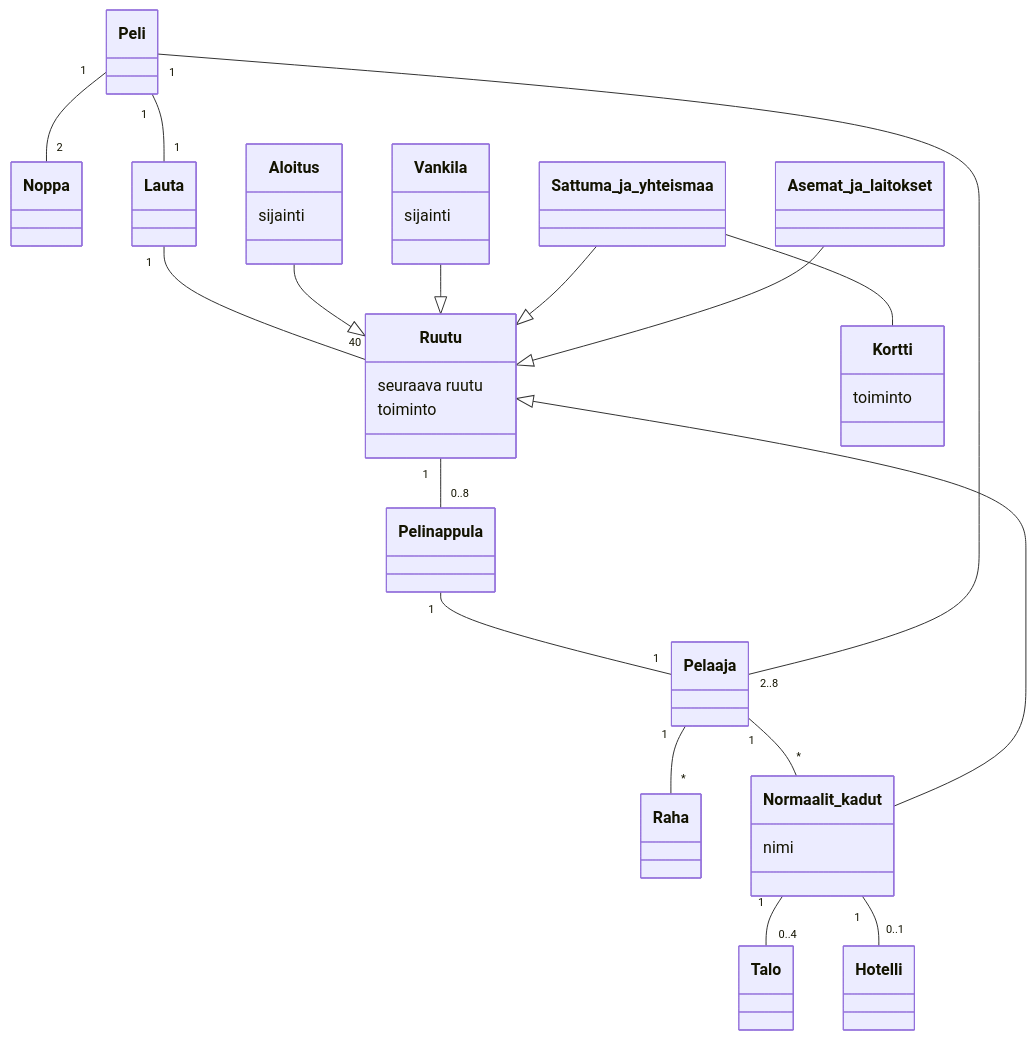
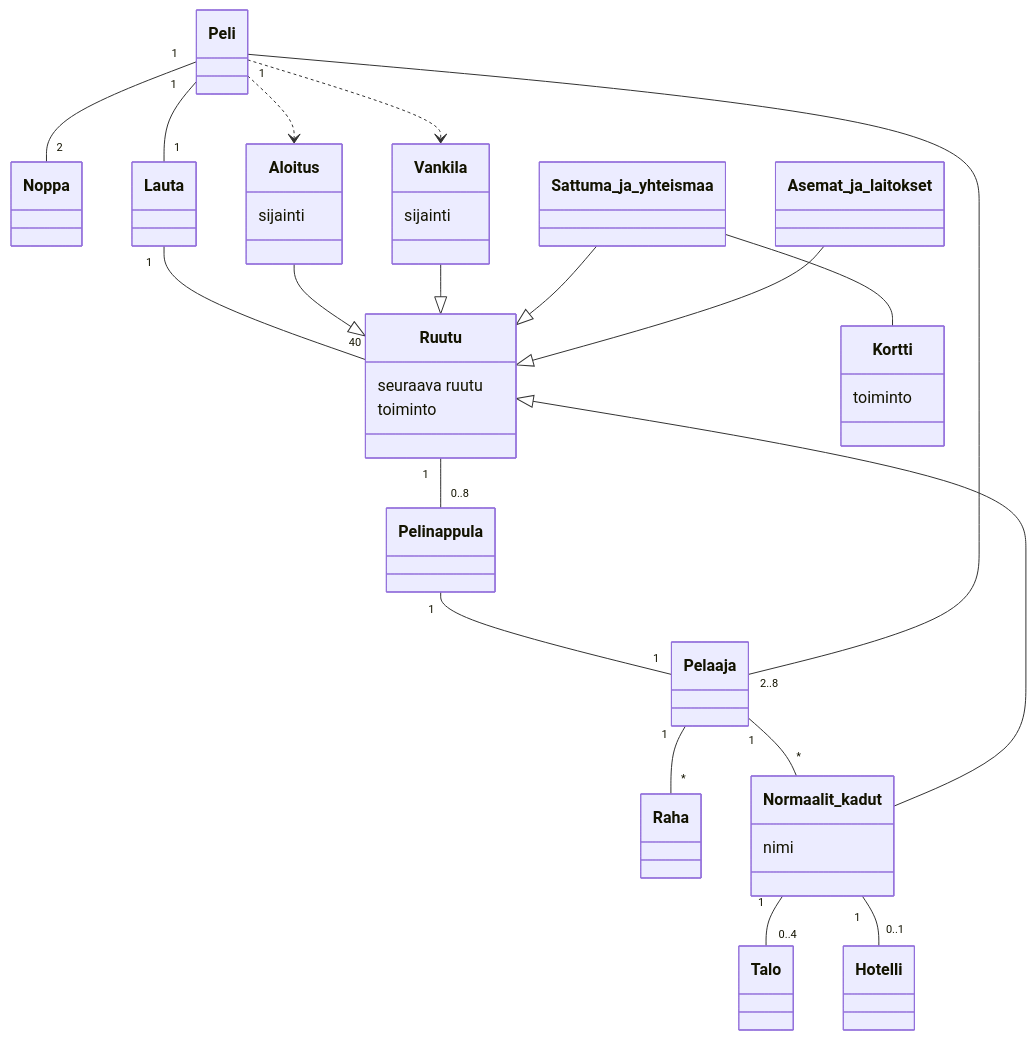
The second of 2 diagrams in laskarit/viikko3/monopoli.md (phuvio/ot-harjoitustyo), drawn with Mermaid before and after one commit.

````diff
--- a/laskarit/viikko3/monopoli.md
+++ b/laskarit/viikko3/monopoli.md
@@ -28,55 +28,57 @@
 ```mermaid
  classDiagram
       Peli "1"--"2" Noppa
       Peli "1"--"1" Lauta
       Pelaaja "2..8"--"1" Peli
       Lauta "1"--"40" Ruutu
       Ruutu "1"--"0..8" Pelinappula
       Pelinappula "1"--"1" Pelaaja
       Pelaaja "1"--"*" Raha
       Sattuma_ja_yhteismaa -- Kortti
       Normaalit_kadut "1"--"0..4" Talo
       Normaalit_kadut "1"--"0..1" Hotelli
       Pelaaja "1"--"*" Normaalit_kadut
       Aloitus --|> Ruutu
       Vankila --|> Ruutu
       Sattuma_ja_yhteismaa --|> Ruutu
       Asemat_ja_laitokset --|> Ruutu
       Normaalit_kadut --|> Ruutu
+      Peli ..> Vankila
+      Peli ..> Aloitus
       class Peli{
       }
       class Lauta{
       }
       class Ruutu{
       seuraava ruutu
       toiminto
       }
       class Raha{
       }
       class Pelaaja{
       }
       class Pelinappula{
       }
       class Noppa{
       }
       class Aloitus{
       sijainti
       }
       class Vankila{
       sijainti
       }
       class Sattuma_ja_yhteismaa{
       }
       class Kortti{
       toiminto
       }
       class Asemat_ja_laitokset{
       }
       class Normaalit_kadut{
       nimi
       }
       class Hotelli{
       }
       class Talo{
       }
 ```
````
